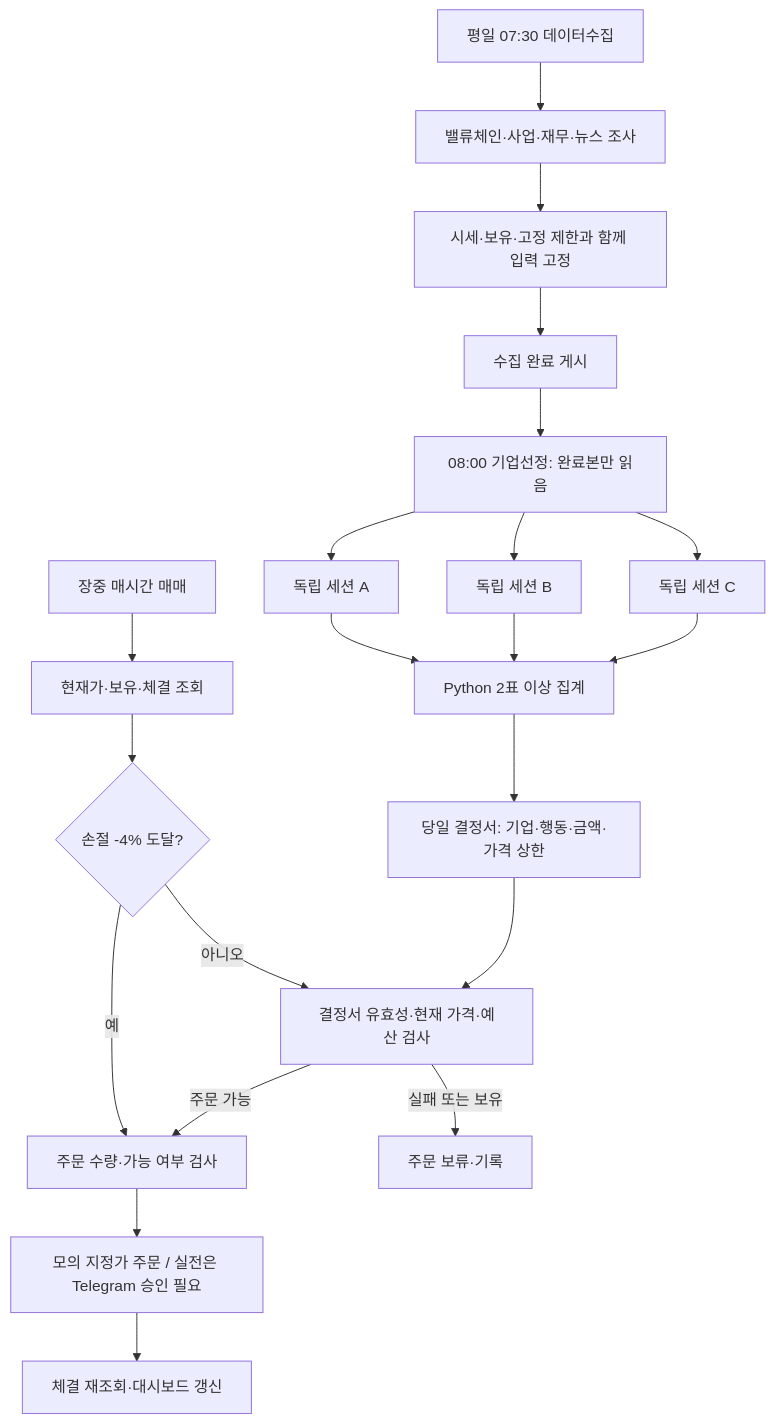
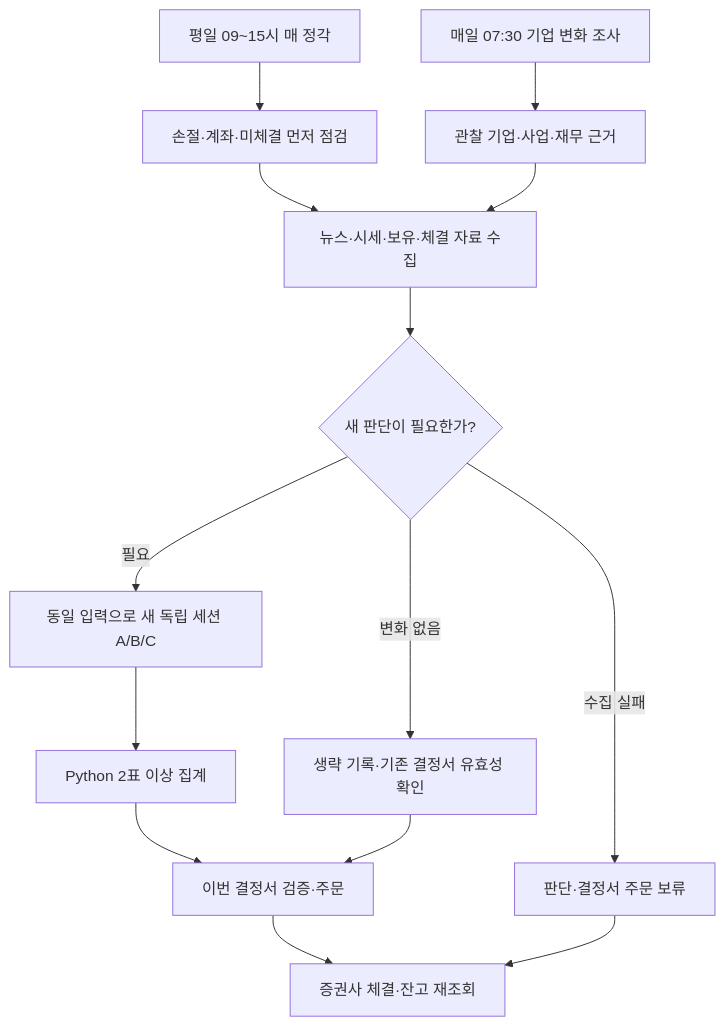
One commit to minkwanbaek/aitrading changed the diagram in README.md. Above: the diagram before and after it, drawn with Mermaid. The commit also changed other lines of this file and 22 other files, not shown here.

````diff
--- a/README.md
+++ b/README.md
@@ -29,23 +13,16 @@
 ```mermaid
 flowchart TD
-    R[평일 07:30 데이터수집] --> S[밸류체인·사업·재무·뉴스 조사]
-    S --> F[시세·보유·고정 제한과 함께 입력 고정]
-    F --> E[수집 완료 게시]
-    E --> U[08:00 기업선정: 완료본만 읽음]
-    U --> A[독립 세션 A]
-    U --> B[독립 세션 B]
-    U --> C[독립 세션 C]
+    D[매일 07:30 기업 변화 조사] --> U[관찰 기업·사업·재무 근거]
+    H[평일 09~15시 매 정각] --> R[손절·계좌·미체결 먼저 점검]
+    R --> C[뉴스·시세·보유·체결 자료 수집]
+    U --> C
+    C --> G{새 판단이 필요한가?}
+    G -->|필요| A[동일 입력으로 새 독립 세션 A/B/C]
     A --> V[Python 2표 이상 집계]
-    B --> V
-    C --> V
-    V --> P[당일 결정서: 기업·행동·금액·가격 상한]
-    T[장중 매시간 매매] --> L[현재가·보유·체결 조회]
-    L --> K{손절 -4% 도달?}
-    K -->|예| O[주문 수량·가능 여부 검사]
-    K -->|아니오| D[결정서 유효성·현재 가격·예산 검사]
-    P --> D
-    D -->|실패 또는 보유| W[주문 보류·기록]
-    D -->|주문 가능| O
-    O --> N[모의 지정가 주문 / 실전은 Telegram 승인 필요]
-    N --> Q[체결 재조회·대시보드 갱신]
+    V --> E[이번 결정서 검증·주문]
+    G -->|변화 없음| S[생략 기록·기존 결정서 유효성 확인]
+    S --> E
+    G -->|수집 실패| B[판단·결정서 주문 보류]
+    E --> F[증권사 체결·잔고 재조회]
+    B --> F
 ```
````
